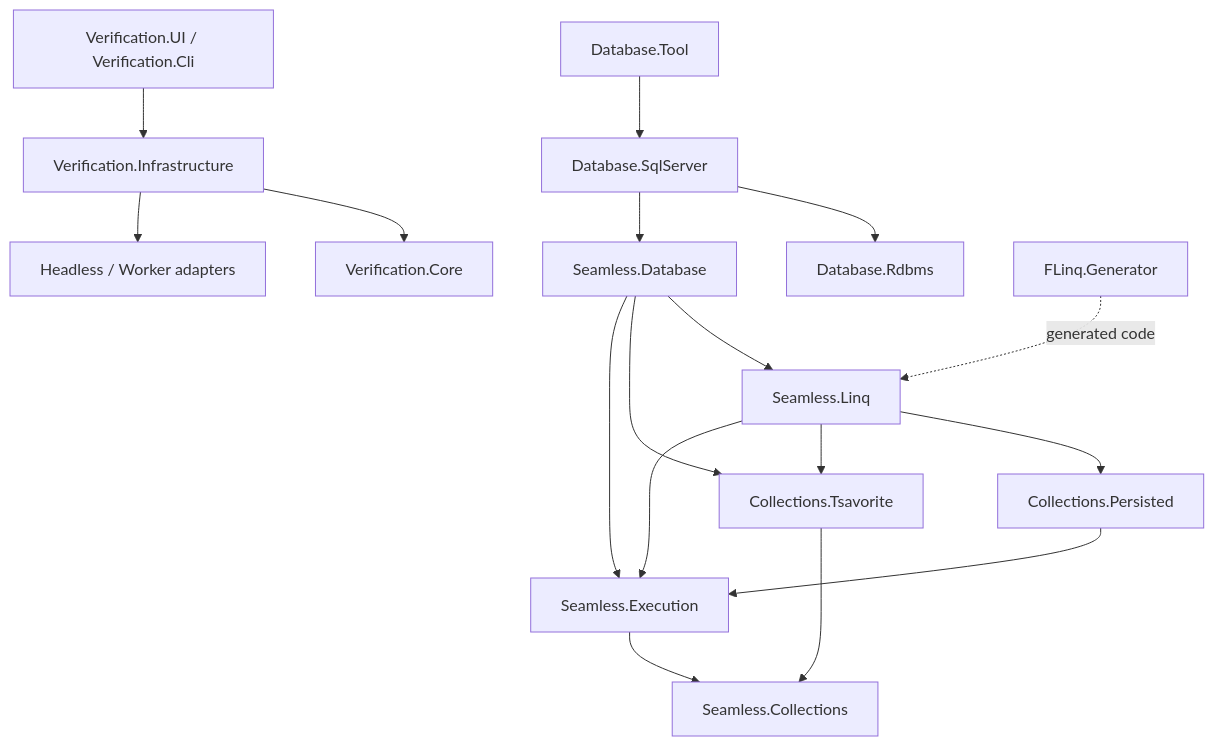
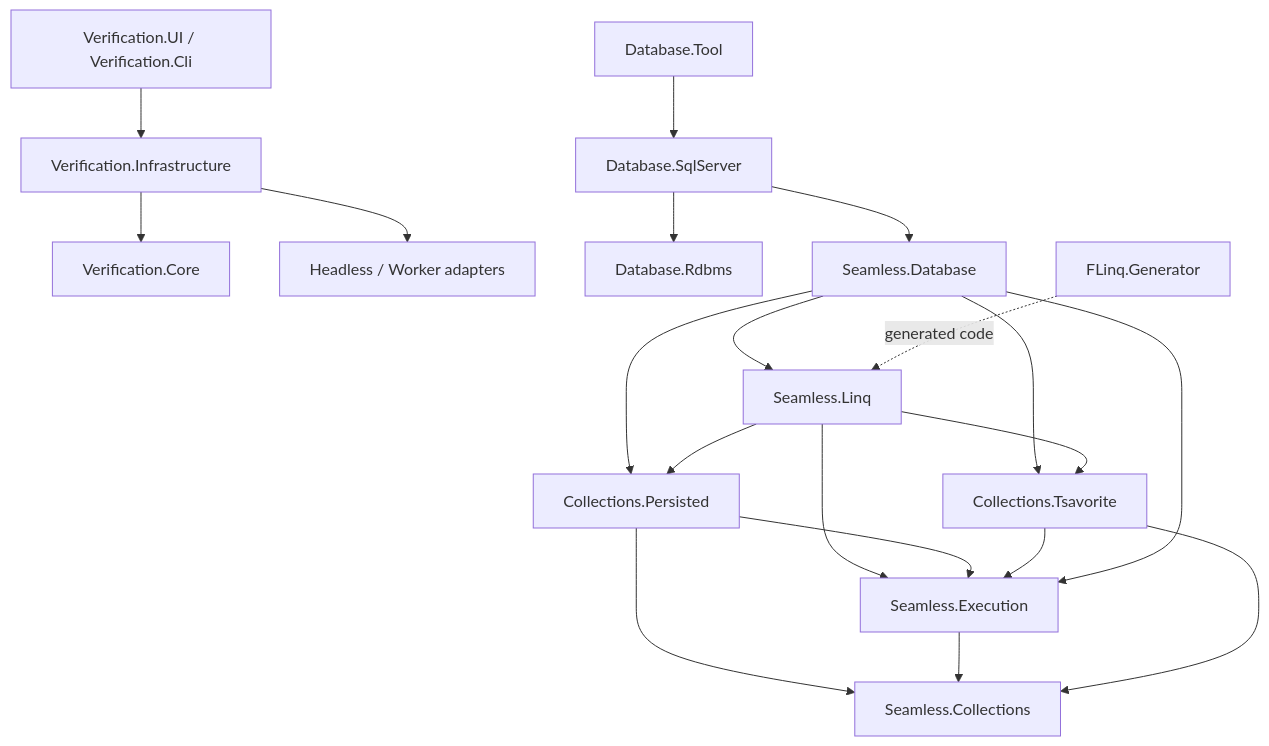
Before and after one commit to AloneCraft/Seamless: the diagram in Document/Code/Basic/LayerMapping.md, drawn with Mermaid. The commit also changed other lines of this file and 30 other files, not shown here.

````diff
--- a/Document/Code/Basic/LayerMapping.md
+++ b/Document/Code/Basic/LayerMapping.md
@@ -5,19 +5,22 @@
 ```mermaid
 flowchart TD
     UI[Verification.UI / Verification.Cli] --> VI[Verification.Infrastructure]
     VI --> VC[Verification.Core]
     VI --> W[Headless / Worker adapters]
     DBT[Database.Tool] --> SQL[Database.SqlServer]
     SQL --> RDBMS[Database.Rdbms]
     SQL --> DB[Seamless.Database]
     DB --> LINQ[Seamless.Linq]
     DB --> TS[Collections.Tsavorite]
+    DB --> P
     LINQ --> P[Collections.Persisted]
     LINQ --> TS
     LINQ --> EX[Seamless.Execution]
     P --> EX
+    P --> C
+    TS --> EX
     DB --> EX
     EX --> C[Seamless.Collections]
     TS --> C
     FL[FLinq.Generator] -. generated code .-> LINQ
 ```
````
